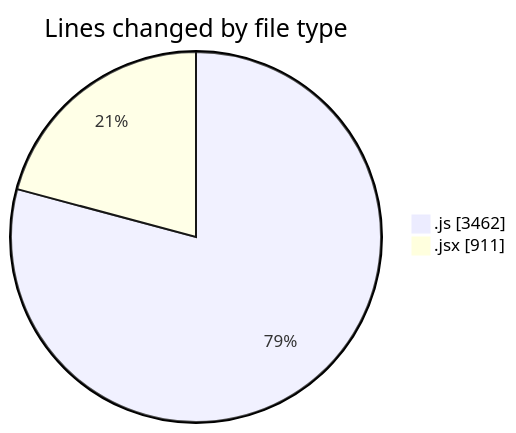
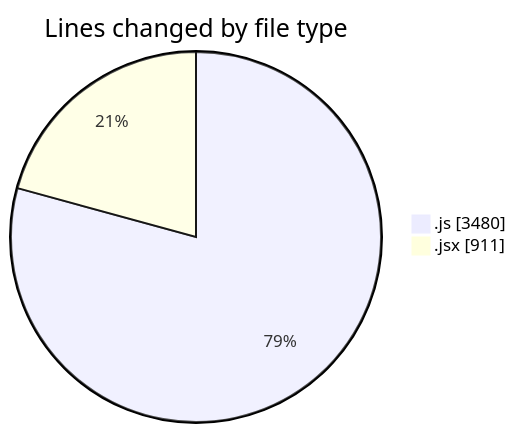
One commit to nxtqubesakshisongat/code-tracking changed the first of 2 diagrams in 2025-09-24/nxtqube_webapp/README.md. Above: the diagram before and after it, drawn with Mermaid. The commit also changed other lines of this file and 1 other file, not shown here.

````diff
--- a/2025-09-24/nxtqube_webapp/README.md
+++ b/2025-09-24/nxtqube_webapp/README.md
@@ -22,6 +22,6 @@
 ```mermaid
 pie showData
 title Lines changed by file type
-".js" : 3462
+".js" : 3480
 ".jsx" : 911
 ```
````
